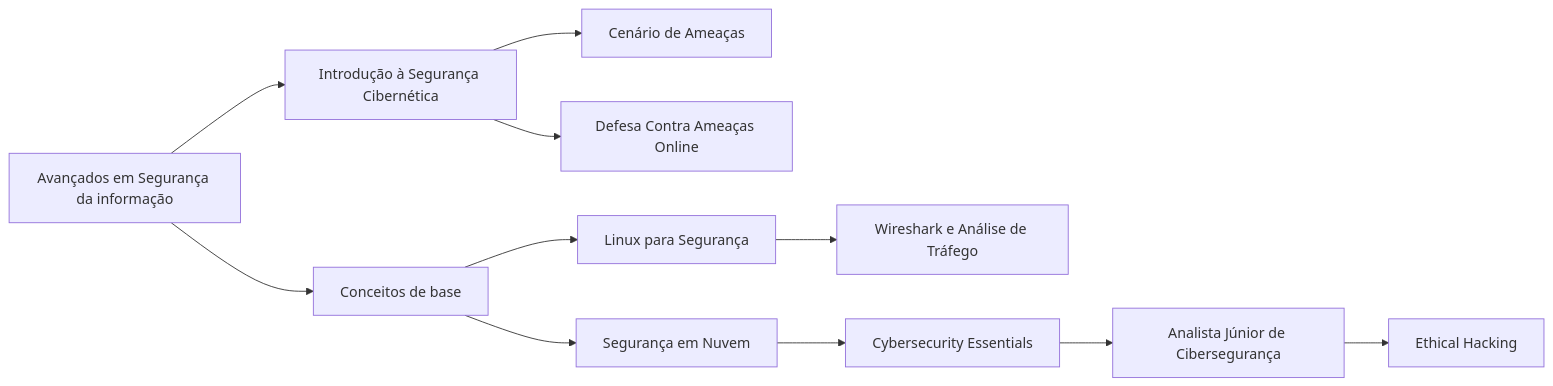
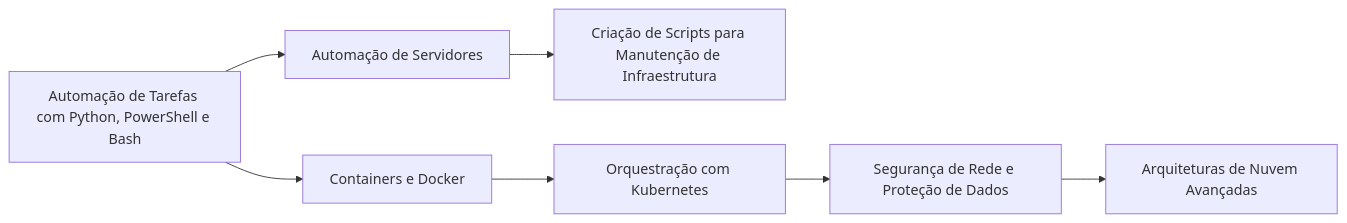
The third of 3 diagrams in README.md (socialhiveconnect/Infraestrutura), drawn with Mermaid before and after one commit. The commit also changed other lines of this file, not shown here.

````diff
--- a/README.md
+++ b/README.md
@@ -103,15 +95,11 @@
 ```mermaid
     graph LR;
-      A[Avançados em Segurança da informação]-->B[Introdução à Segurança Cibernética];
-      A-->C[Conceitos de base];
-      B-->D[Cenário de Ameaças];
-      B-->E[Defesa Contra Ameaças Online];
-      C-->F[Segurança em Nuvem];
-      C-->G[Linux para Segurança];
-      G-->H[Wireshark e Análise de Tráfego];
-      F-->I[Cybersecurity Essentials];
-      I-->J[Analista Júnior de Cibersegurança];
-      J-->K[Ethical Hacking];
+    A[Automação de Tarefas com Python, PowerShell e Bash] --> B[Automação de Servidores];
+    B --> C[Criação de Scripts para Manutenção de Infraestrutura];
+    A --> D[Containers e Docker];
+    D --> E[Orquestração com Kubernetes];
+    E --> F[Segurança de Rede e Proteção de Dados];
+    F --> G[Arquiteturas de Nuvem Avançadas];
 
-      click A "https://github.com/socialhiveconnect/Seg.Info/tree/main/avançado" "Veja o repositório Avançado"
+      click A "https://github.com/socialhiveconnect/Infraestrutura/tree/main/avan%C3%A7ado" "Veja o repositório Avançado"
 ```
````
